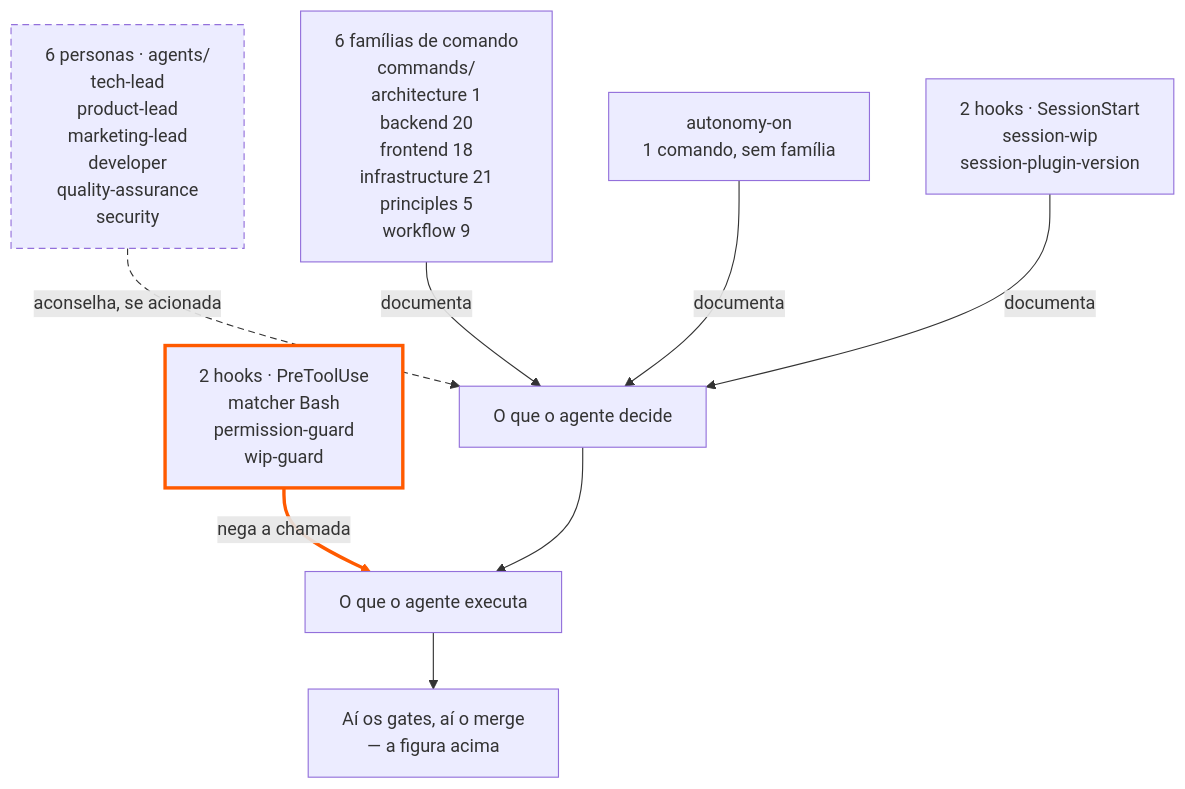
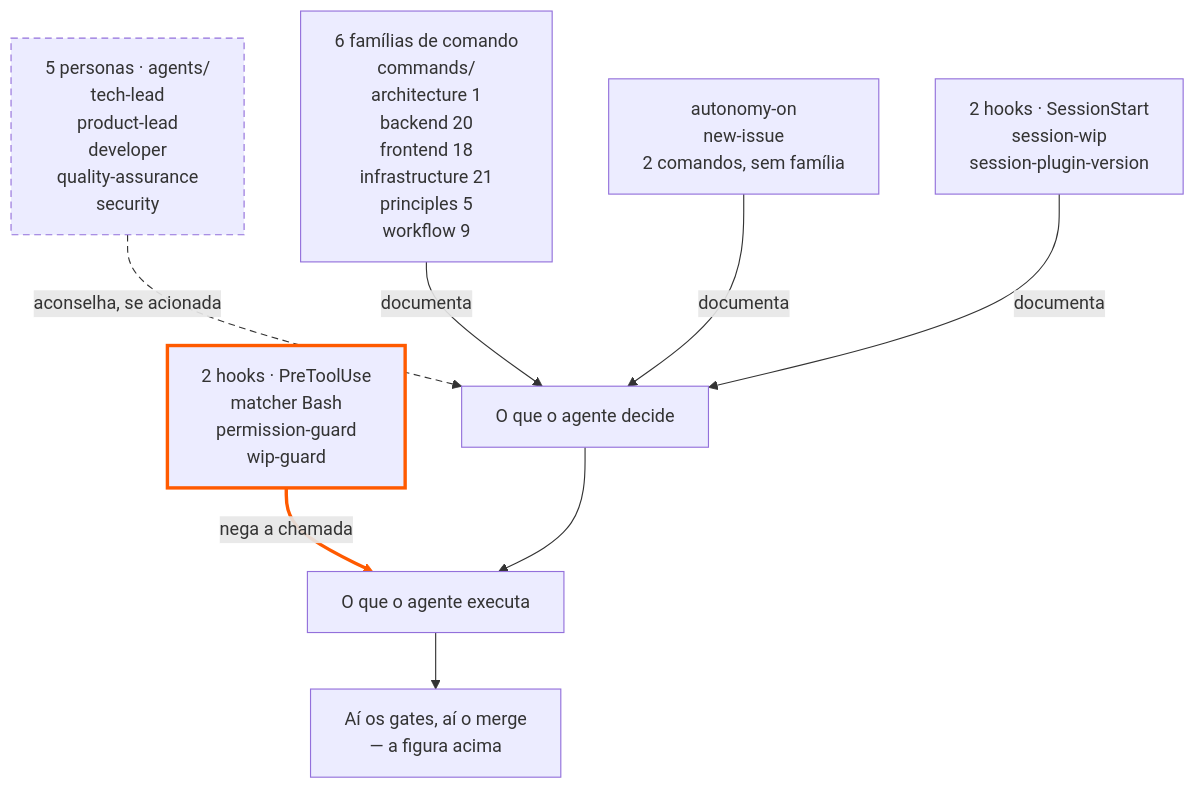
Before and after one commit to tedeuxx/tadeumendonca-io: the fourth of 4 diagrams in apps/fed/src/content/architecture.pt.md, drawn with Mermaid. The commit also changed 14 other files, not shown here.

````diff
--- a/apps/fed/src/content/architecture.pt.md
+++ b/apps/fed/src/content/architecture.pt.md
@@ -168,26 +168,26 @@
 ```mermaid
 flowchart TB
   accTitle: Do que o harness é feito
-  accDescr: Três tipos de componente, desenhados separados porque não têm a mesma força. Quatro hooks, registrados no hooks.json — permission-guard e wip-guard rodam no evento PreToolUse com o matcher Bash e RECUSAM uma chamada de ferramenta antes dela acontecer; session-wip e session-plugin-version rodam no SessionStart e só reportam estado. Seis personas no diretório agents — tech-lead, product-lead, marketing-lead, developer, quality-assurance e security — apenas ACONSELHAM, e isso é uma afirmação sobre o JULGAMENTO delas, não sobre a cadeira. quality-assurance é o caso mais agudo nas duas direções: a regra 7b do permission-guard recusa o comando de merge vindo de qualquer agent type que não seja esse, então QUEM faz o merge é forçado por mecanismo — e nada em lugar nenhum verifica se a revisão foi feita, ou feita bem. security é mais fraca ainda, e não pode ser lida como a mesma coisa: nada obriga que ela seja acionada, e uma lente que não é acionada falha em silêncio. Seis famílias de comando no diretório commands — architecture 1, backend 20, frontend 18, infrastructure 21, principles 5, workflow 9 — mais autonomy-on, o único comando fora de qualquer família, apenas DOCUMENTAM: tiram uma re-decisão do caminho. No desenho a aresta que nega é grossa e na cor de destaque, a que aconselha é tracejada, e as que documentam são comuns. Essa diferença é o que está sendo afirmado, não enfeite.
+  accDescr: Três tipos de componente, desenhados separados porque não têm a mesma força. Os hooks registrados no hooks.json — permission-guard e wip-guard rodam no evento PreToolUse com o matcher Bash e RECUSAM uma chamada de ferramenta antes dela acontecer; session-wip e session-plugin-version rodam no SessionStart e só reportam estado. As personas no diretório agents — tech-lead, product-lead, developer, quality-assurance e security — apenas ACONSELHAM, e isso é uma afirmação sobre o JULGAMENTO delas, não sobre a cadeira. quality-assurance é o caso mais agudo nas duas direções: a regra 7b do permission-guard recusa o comando de merge vindo de qualquer agent type que não seja esse, então QUEM faz o merge é forçado por mecanismo — e nada em lugar nenhum verifica se a revisão foi feita, ou feita bem. security é mais fraca ainda, e não pode ser lida como a mesma coisa: nada obriga que ela seja acionada, e uma lente que não é acionada falha em silêncio. As famílias de comando no diretório commands — architecture 1, backend 20, frontend 18, infrastructure 21, principles 5, workflow 9 — mais autonomy-on e new-issue, os comandos fora de qualquer família, apenas DOCUMENTAM: tiram uma re-decisão do caminho. No desenho a aresta que nega é grossa e na cor de destaque, a que aconselha é tracejada, e as que documentam são comuns. Essa diferença é o que está sendo afirmado, não enfeite.
   HKD["2 hooks · PreToolUse<br/>matcher Bash<br/>permission-guard<br/>wip-guard"]
-  PS["6 personas · agents/<br/>tech-lead<br/>product-lead<br/>marketing-lead<br/>developer<br/>quality-assurance<br/>security"]
+  PS["5 personas · agents/<br/>tech-lead<br/>product-lead<br/>developer<br/>quality-assurance<br/>security"]
   CF["6 famílias de comando<br/>commands/<br/>architecture 1<br/>backend 20<br/>frontend 18<br/>infrastructure 21<br/>principles 5<br/>workflow 9"]
-  OC["autonomy-on<br/>1 comando, sem família"]
+  OC["autonomy-on<br/>new-issue<br/>2 comandos, sem família"]
   HKR["2 hooks · SessionStart<br/>session-wip<br/>session-plugin-version"]
   DE["O que o agente decide"]
   RU["O que o agente executa"]
   GM["Aí os gates, aí o merge<br/>— a figura acima"]
   HKD -- "nega a chamada" --> RU
   PS -- "aconselha, se acionada" --> DE
   CF -- "documenta" --> DE
   OC -- "documenta" --> DE
   HKR -- "documenta" --> DE
   DE --> RU
   RU --> GM
   classDef mechanism stroke:#FF5A00,stroke-width:3px
   classDef convention stroke-dasharray:6 4
   class HKD mechanism
   class PS convention
   linkStyle 0 stroke:#FF5A00,stroke-width:3px
   linkStyle 1 stroke-dasharray:6 4
 ```
````
